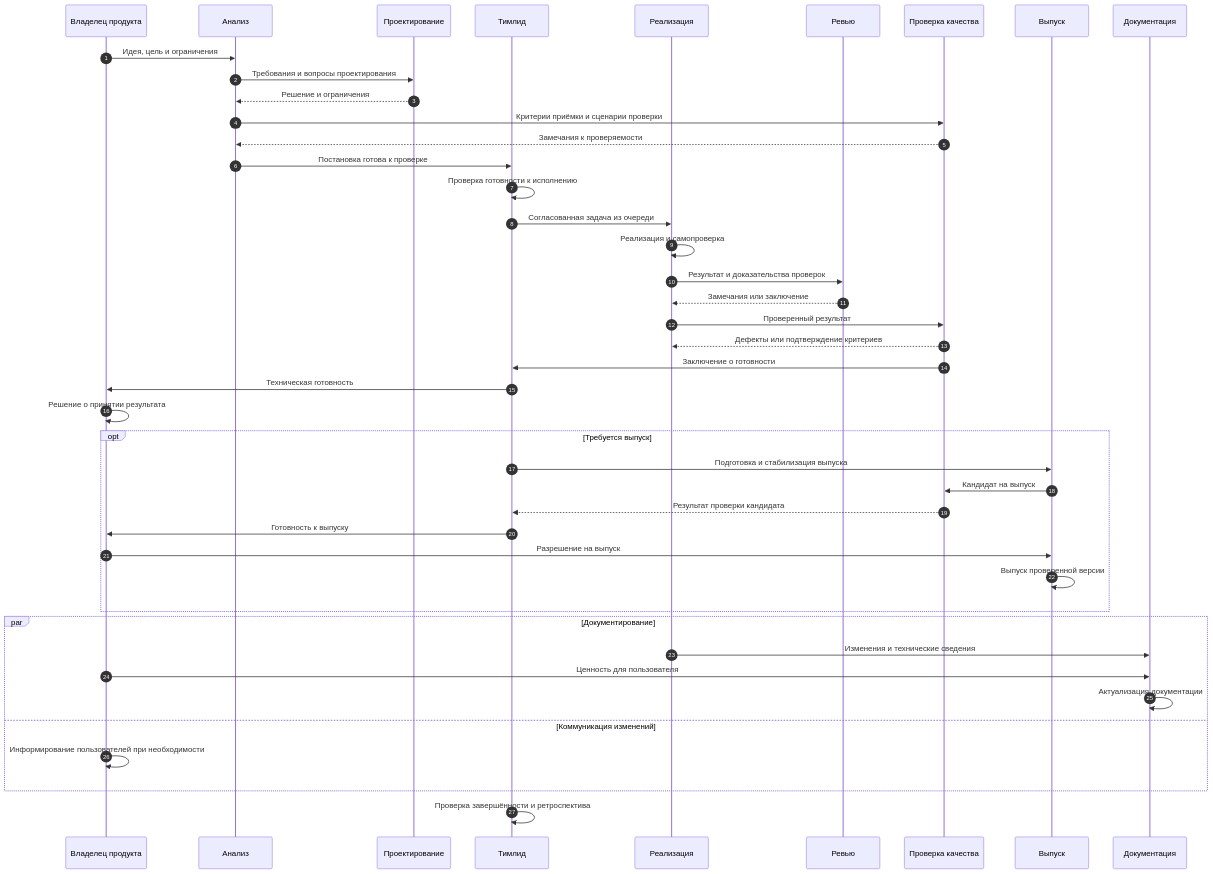
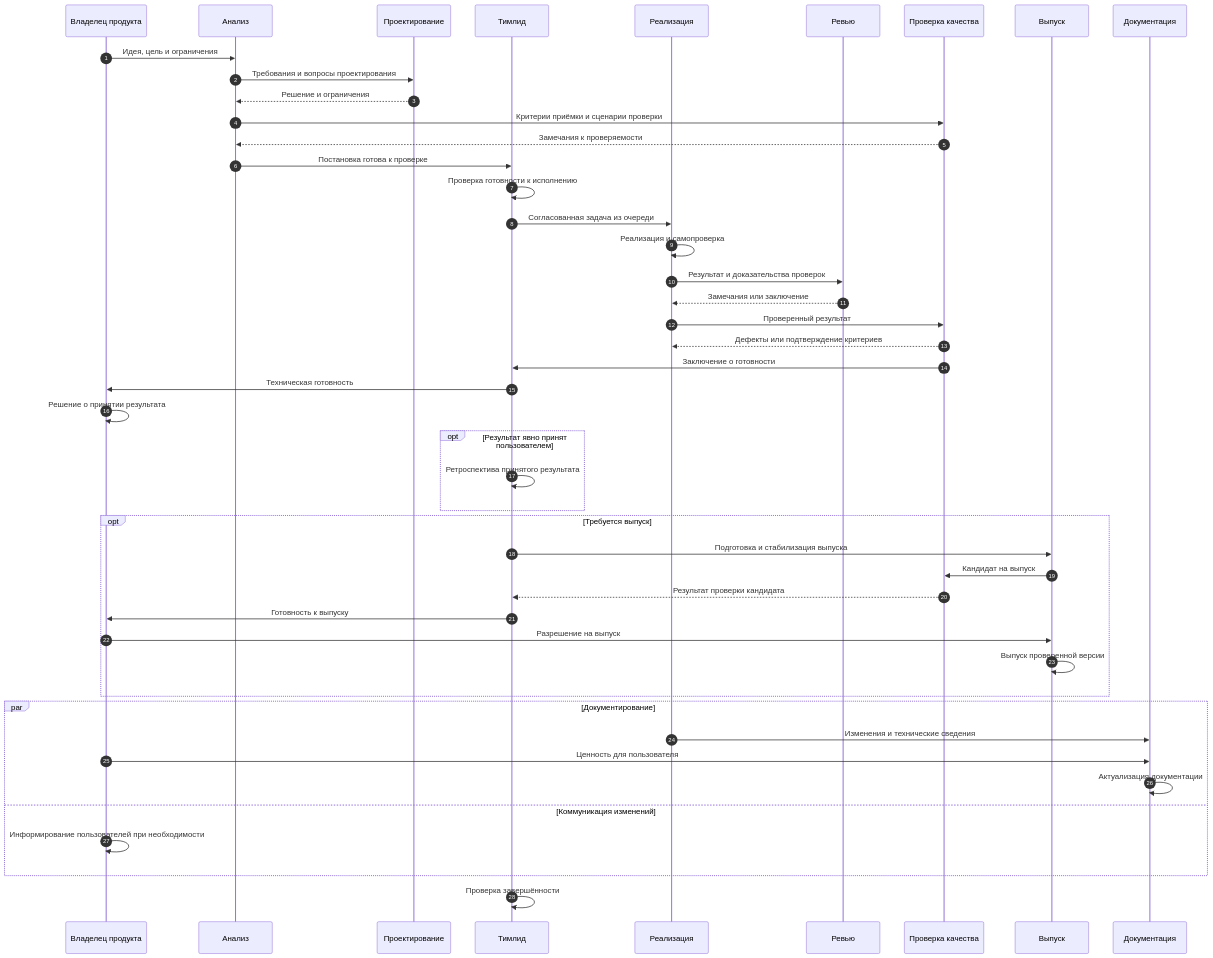
The diagram in docs/agents/workflow/sdlc.md (prikotov/task-orchestrator), drawn with Mermaid before and after one commit. The commit also changed other lines of this file and 8 other files, not shown here.

````diff
--- a/docs/agents/workflow/sdlc.md
+++ b/docs/agents/workflow/sdlc.md
@@ -15,49 +15,52 @@
 ```mermaid
 sequenceDiagram
     autonumber
     participant PO as Владелец продукта
     participant AN as Анализ
     participant DS as Проектирование
     participant TL as Тимлид
     participant DEV as Реализация
     participant REV as Ревью
     participant QA as Проверка качества
     participant OPS as Выпуск
     participant TW as Документация
 
     PO->>AN: Идея, цель и ограничения
     AN->>DS: Требования и вопросы проектирования
     DS-->>AN: Решение и ограничения
     AN->>QA: Критерии приёмки и сценарии проверки
     QA-->>AN: Замечания к проверяемости
     AN->>TL: Постановка готова к проверке
     TL->>TL: Проверка готовности к исполнению
     TL->>DEV: Согласованная задача из очереди
     DEV->>DEV: Реализация и самопроверка
     DEV->>REV: Результат и доказательства проверок
     REV-->>DEV: Замечания или заключение
     DEV->>QA: Проверенный результат
     QA-->>DEV: Дефекты или подтверждение критериев
     QA->>TL: Заключение о готовности
     TL->>PO: Техническая готовность
     PO->>PO: Решение о принятии результата
+    opt Результат явно принят пользователем
+        TL->>TL: Ретроспектива принятого результата
+    end
 
     opt Требуется выпуск
         TL->>OPS: Подготовка и стабилизация выпуска
         OPS->>QA: Кандидат на выпуск
         QA-->>TL: Результат проверки кандидата
         TL->>PO: Готовность к выпуску
         PO->>OPS: Разрешение на выпуск
         OPS->>OPS: Выпуск проверенной версии
     end
 
     par Документирование
         DEV->>TW: Изменения и технические сведения
         PO->>TW: Ценность для пользователя
         TW->>TW: Актуализация документации
     and Коммуникация изменений
         PO->>PO: Информирование пользователей при необходимости
     end
 
-    TL->>TL: Проверка завершённости и ретроспектива
+    TL->>TL: Проверка завершённости
 ```
````
